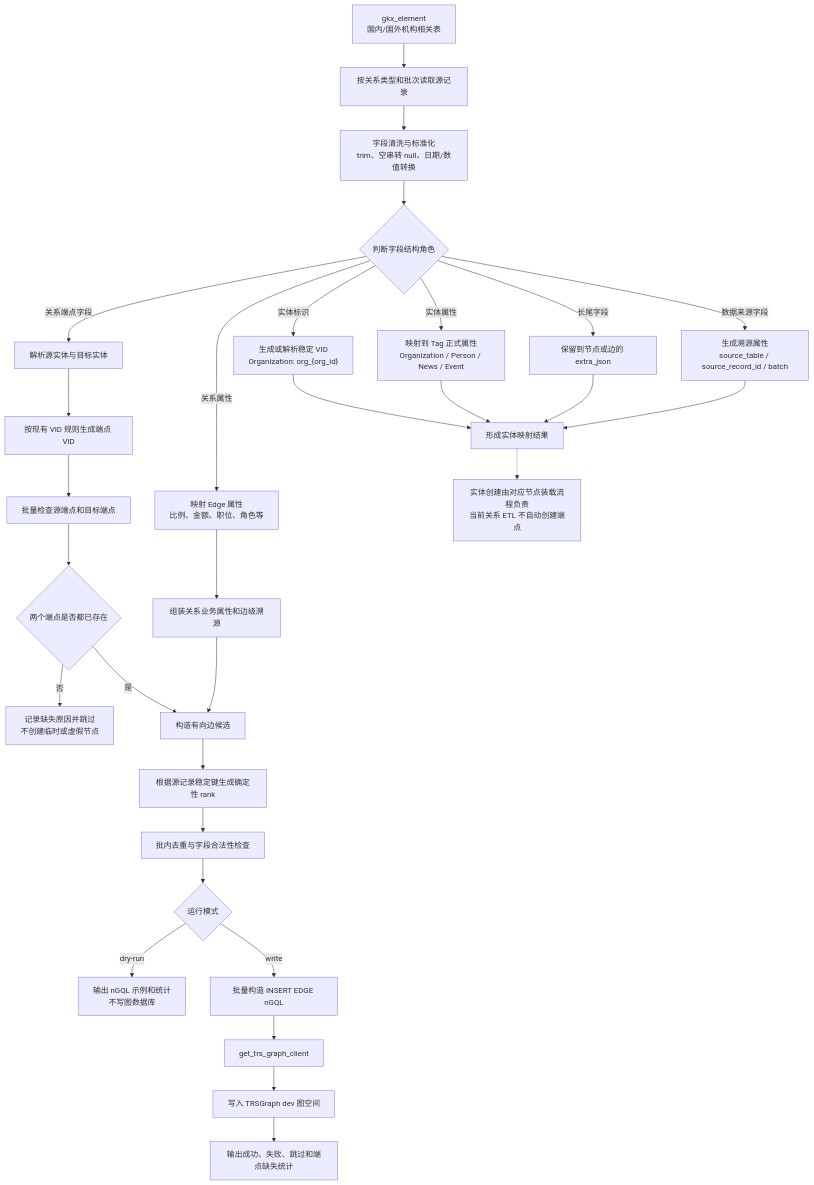
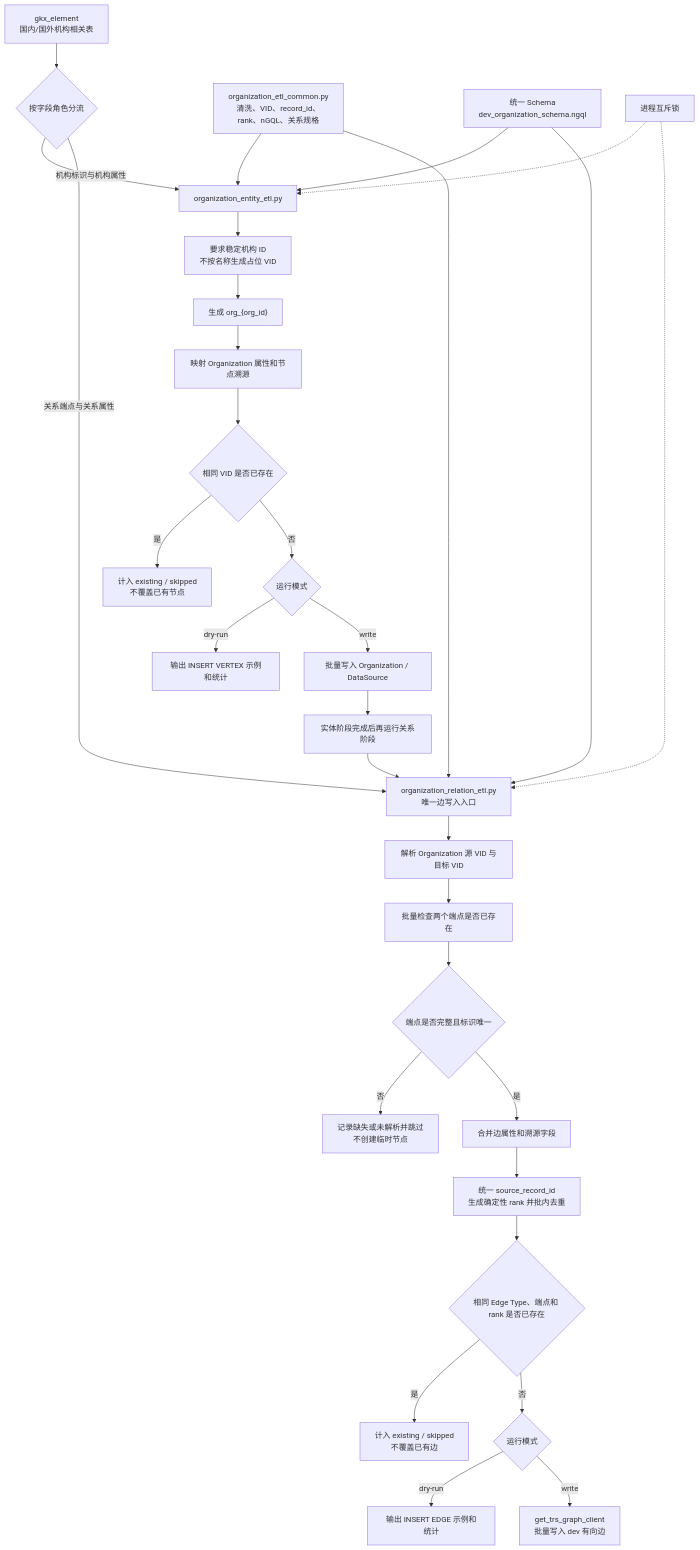
Before and after one commit to Marisolebxf/tech-kg-api: the second of 3 diagrams in backend/schemas/国内外机构要素库全字段图谱映射说明.md, drawn with Mermaid. The commit also changed other lines of this file and 11 other files, not shown here.

Commit message:
feat: add organization relation mapping and TRSGraph ETL

````diff
--- a/backend/schemas/国内外机构要素库全字段图谱映射说明.md
+++ b/backend/schemas/国内外机构要素库全字段图谱映射说明.md
@@ -81,37 +86,37 @@
 ```mermaid
 flowchart TD
-    A["gkx_element<br/>国内/国外机构相关表"] --> B["按关系类型和批次读取源记录"]
-    B --> C["字段清洗与标准化<br/>trim、空串转 null、日期/数值转换"]
-    C --> D{"判断字段结构角色"}
+    A["gkx_element<br/>国内/国外机构相关表"] --> B{"按字段角色分流"}
+    B -->|"机构标识与机构属性"| C["organization_entity_etl.py"]
+    B -->|"关系端点与关系属性"| D["organization_relation_etl.py<br/>唯一边写入入口"]
 
-    D -->|"实体标识"| E["生成或解析稳定 VID<br/>Organization: org_{org_id}"]
-    D -->|"实体属性"| F["映射到 Tag 正式属性<br/>Organization / Person / News / Event"]
-    D -->|"长尾字段"| G["保留到节点或边的 extra_json"]
-    D -->|"数据来源字段"| H["生成溯源属性<br/>source_table / source_record_id / batch"]
-    D -->|"关系端点字段"| I["解析源实体与目标实体"]
-    D -->|"关系属性"| J["映射 Edge 属性<br/>比例、金额、职位、角色等"]
+    E["organization_etl_common.py<br/>清洗、VID、record_id、rank、nGQL、关系规格"] --> C
+    E --> D
+    F["统一 Schema<br/>dev_organization_schema.ngql"] --> C
+    F --> D
+    G["进程互斥锁"] -.-> C
+    G -.-> D
 
-    E --> K["形成实体映射结果"]
-    F --> K
-    G --> K
-    H --> K
+    C --> H["要求稳定机构 ID<br/>不按名称生成占位 VID"]
+    H --> I["生成 org_{org_id}"]
+    I --> J["映射 Organization 属性和节点溯源"]
+    J --> J2{"相同 VID 是否已存在"}
+    J2 -->|"是"| J3["计入 existing / skipped<br/>不覆盖已有节点"]
+    J2 -->|"否"| K{"运行模式"}
+    K -->|"dry-run"| L["输出 INSERT VERTEX 示例和统计"]
+    K -->|"write"| M["批量写入 Organization / DataSource"]
 
-    I --> L["按现有 VID 规则生成端点 VID"]
-    J --> M["组装关系业务属性和边级溯源"]
-    L --> N["批量检查源端点和目标端点"]
-    N --> O{"两个端点是否都已存在"}
-    O -->|"否"| P["记录缺失原因并跳过<br/>不创建临时或虚假节点"]
-    O -->|"是"| Q["构造有向边候选"]
-    M --> Q
+    D --> N["解析 Organization 源 VID 与目标 VID"]
+    N --> O["批量检查两个端点是否已存在"]
+    O --> P{"端点是否完整且标识唯一"}
+    P -->|"否"| Q["记录缺失或未解析并跳过<br/>不创建临时节点"]
+    P -->|"是"| R["合并边属性和溯源字段"]
+    R --> S["统一 source_record_id<br/>生成确定性 rank 并批内去重"]
+    S --> S2{"相同 Edge Type、端点和 rank 是否已存在"}
+    S2 -->|"是"| S3["计入 existing / skipped<br/>不覆盖已有边"]
+    S2 -->|"否"| T{"运行模式"}
+    T -->|"dry-run"| U["输出 INSERT EDGE 示例和统计"]
+    T -->|"write"| V["get_trs_graph_client<br/>批量写入 dev 有向边"]
 
-    Q --> R["根据源记录稳定键生成确定性 rank"]
-    R --> S["批内去重与字段合法性检查"]
-    S --> T{"运行模式"}
-    T -->|"dry-run"| U["输出 nGQL 示例和统计<br/>不写图数据库"]
-    T -->|"write"| V["批量构造 INSERT EDGE nGQL"]
-    V --> W["get_trs_graph_client"]
-    W --> X["写入 TRSGraph dev 图空间"]
-    X --> Y["输出成功、失败、跳过和端点缺失统计"]
-
-    K -.-> Z["实体创建由对应节点装载流程负责<br/>当前关系 ETL 不自动创建端点"]
+    M --> W["实体阶段完成后再运行关系阶段"]
+    W --> D
 ```
````
